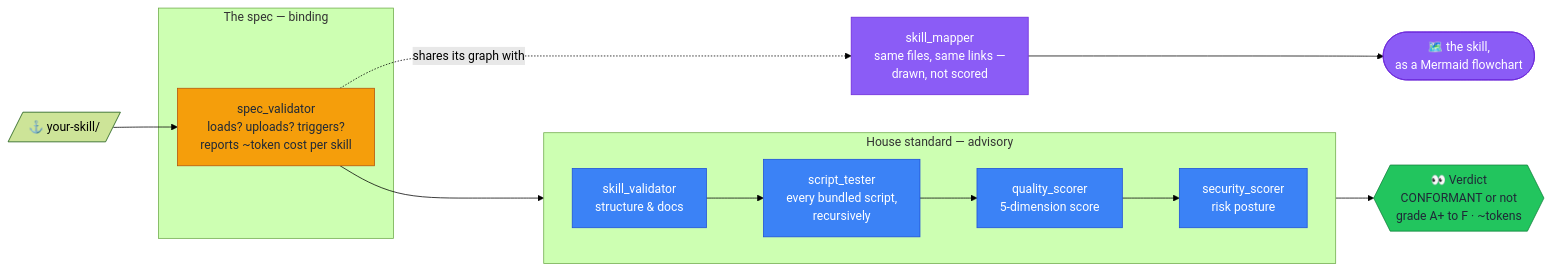
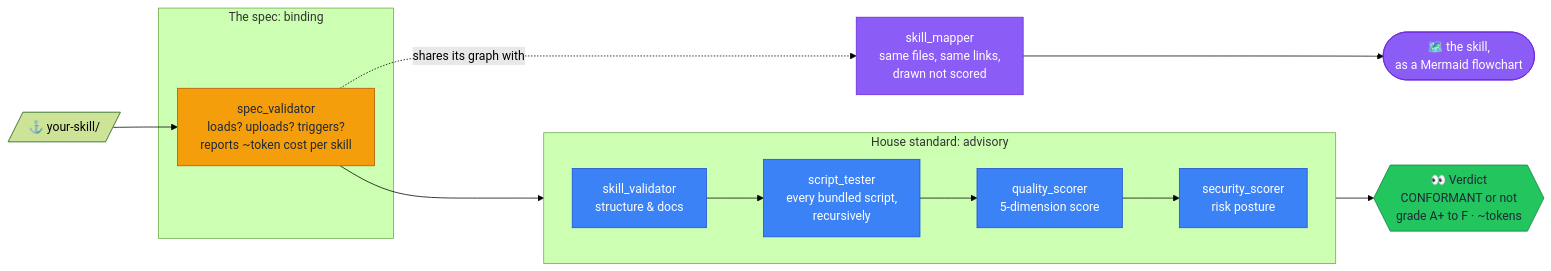
Before and after one commit to AlveeeRahman/skill-vision: the first of 2 diagrams in README.md, drawn with Mermaid (forest theme). The commit also changed other lines of this file and 18 other files, not shown here.

````diff
--- a/README.md
+++ b/README.md
@@ -47,25 +57,25 @@
 ```mermaid
 flowchart LR
     skill[/"⚓ your-skill/"/] --> spec
-    subgraph SPEC["The spec — binding"]
+    subgraph SPEC["The spec: binding"]
         spec["spec_validator<br/>loads? uploads? triggers?<br/>reports ~token cost per skill"]
     end
-    subgraph HOUSE["House standard — advisory"]
+    subgraph HOUSE["House standard: advisory"]
         direction LR
         house["skill_validator<br/>structure & docs"] --> tester["script_tester<br/>every bundled script,<br/>recursively"]
         tester --> quality["quality_scorer<br/>5-dimension score"]
         quality --> security["security_scorer<br/>risk posture"]
     end
     spec --> house
-    spec -.shares its graph with.-> mapper["skill_mapper<br/>same files, same links —<br/>drawn, not scored"]
+    spec -.shares its graph with.-> mapper["skill_mapper<br/>same files, same links,<br/>drawn not scored"]
     security --> verdict{{"👀 Verdict<br/>CONFORMANT or not<br/>grade A+ to F · ~tokens"}}
     mapper --> picture(["🗺️ the skill,<br/>as a Mermaid flowchart"])
     classDef specStyle fill:#f59e0b,stroke:#b45309,color:#1f2937
     classDef houseStyle fill:#3b82f6,stroke:#1d4ed8,color:#ffffff
     classDef verdictStyle fill:#22c55e,stroke:#15803d,color:#1f2937
     classDef mapStyle fill:#8b5cf6,stroke:#6d28d9,color:#ffffff
     class spec specStyle
     class house,tester,quality,security houseStyle
     class verdict verdictStyle
     class mapper,picture mapStyle
 ```
````
